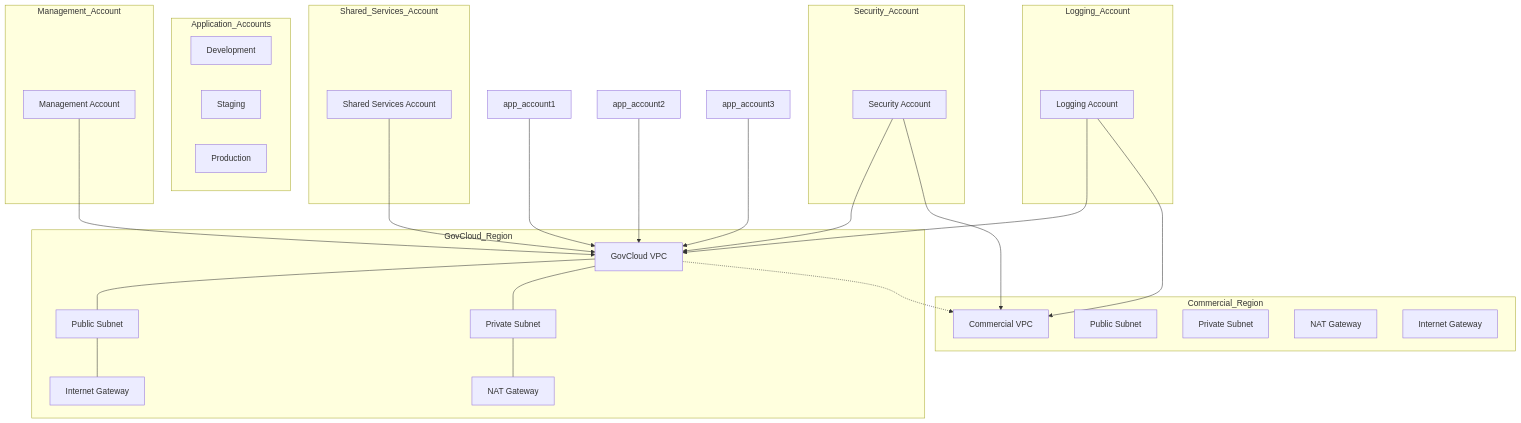
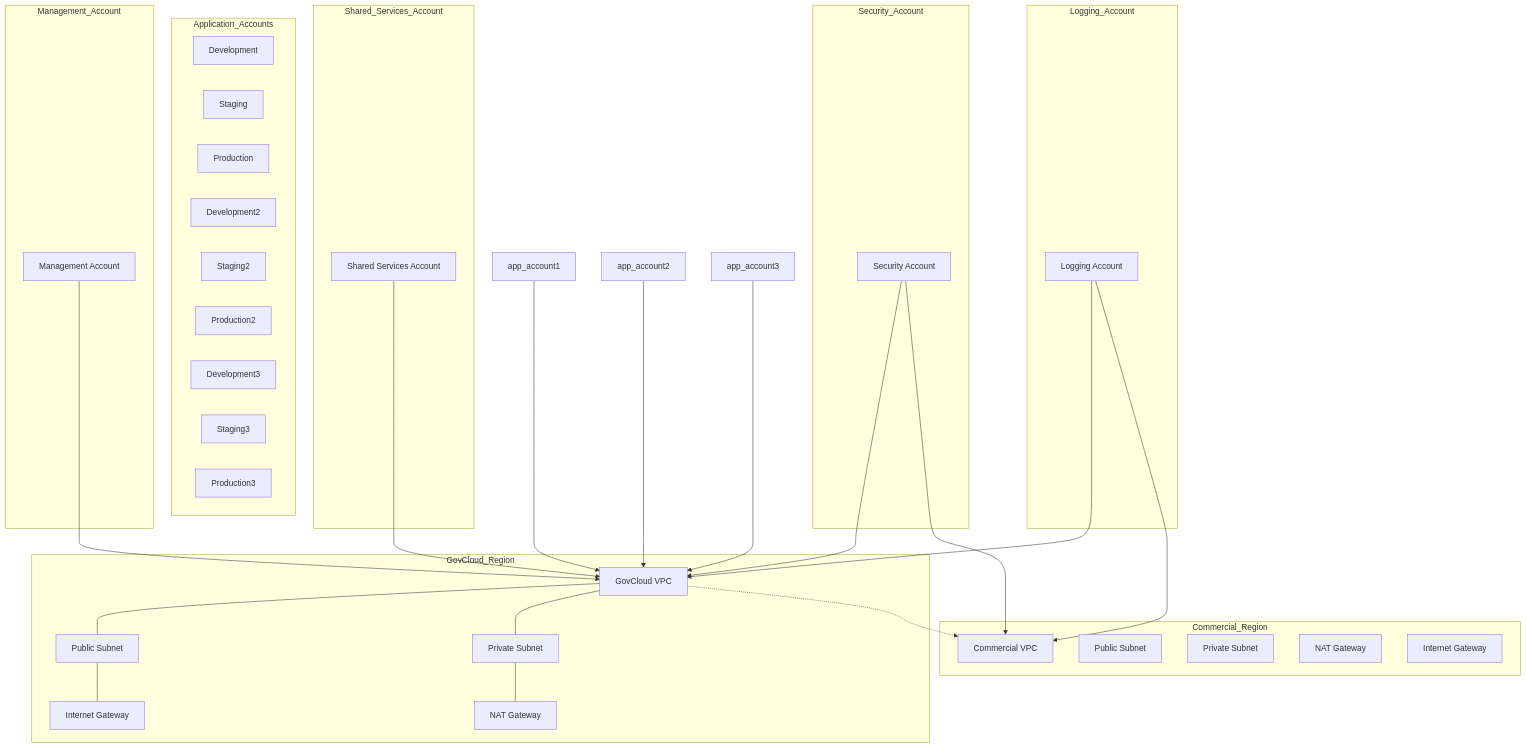
The diagram in draft-network-overvirew. cg.mmd (jtenney59/jtenney59), drawn with Mermaid before and after one commit.

Commit message:
Update draft-network-overvirew. cg.mmd

```diff
--- a/draft-network-overvirew. cg.mmd
+++ b/draft-network-overvirew. cg.mmd
@@ -1,55 +1,63 @@
 graph TB
     subgraph Management_Account
         mgmt_account[Management Account]
     end
 
     subgraph Shared_Services_Account
         shared_services_account[Shared Services Account]
     end
 
     subgraph Application_Accounts
        Development[Development]
        Staging[Staging]
        Production[Production]
+
+       Development2[Development2]
+       Staging2[Staging2]
+       Production2[Production2]
+
+       Development3[Development3]
+       Staging3[Staging3]
+       Production3[Production3]
     end
 
     subgraph Security_Account
         security_account[Security Account]
     end
 
     subgraph Logging_Account
         logging_account[Logging Account]
     end
 
     subgraph GovCloud_Region
         govcloud_vpc[GovCloud VPC]
         govcloud_public_subnet[Public Subnet]
         govcloud_private_subnet[Private Subnet]
         govcloud_nat_gateway[NAT Gateway]
         govcloud_internet_gateway[Internet Gateway]
     end
 
     subgraph Commercial_Region
         commercial_vpc[Commercial VPC]
         commercial_public_subnet[Public Subnet]
         commercial_private_subnet[Private Subnet]
         commercial_nat_gateway[NAT Gateway]
         commercial_internet_gateway[Internet Gateway]
     end
 
     govcloud_vpc --- govcloud_public_subnet
     govcloud_vpc --- govcloud_private_subnet
     govcloud_public_subnet --- govcloud_internet_gateway
     govcloud_private_subnet --- govcloud_nat_gateway
 
     mgmt_account --> govcloud_vpc
     shared_services_account --> govcloud_vpc
     app_account1 --> govcloud_vpc
     app_account2 --> govcloud_vpc
     app_account3 --> govcloud_vpc
     security_account --> govcloud_vpc
     security_account --> commercial_vpc
     logging_account --> govcloud_vpc
     logging_account --> commercial_vpc
 
     govcloud_vpc -.-> commercial_vpc
```
